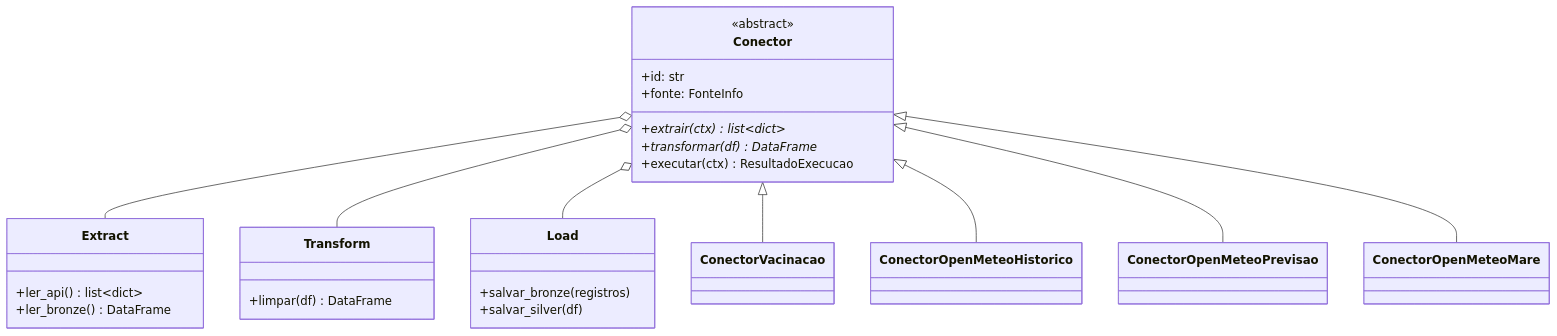
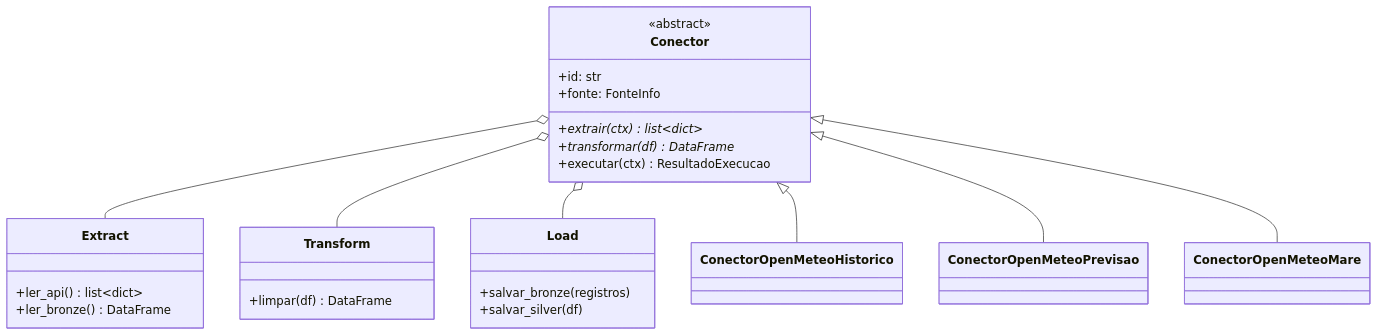
The third of 3 diagrams in docs/arquitetura.md (Rafaellc-DEV/ClimaSense), drawn with Mermaid before and after one commit. The commit also changed other lines of this file and 19 other files, not shown here.

````diff
--- a/docs/arquitetura.md
+++ b/docs/arquitetura.md
@@ -99,29 +98,28 @@
 ```mermaid
 classDiagram
   class Extract {
     +ler_api() list~dict~
     +ler_bronze() DataFrame
   }
   class Transform {
     +limpar(df) DataFrame
   }
   class Load {
     +salvar_bronze(registros)
     +salvar_silver(df)
   }
   class Conector {
     <<abstract>>
     +id: str
     +fonte: FonteInfo
     +extrair(ctx)* list~dict~
     +transformar(df)* DataFrame
     +executar(ctx) ResultadoExecucao
   }
   Conector o-- Extract
   Conector o-- Transform
   Conector o-- Load
-  Conector <|-- ConectorVacinacao
   Conector <|-- ConectorOpenMeteoHistorico
   Conector <|-- ConectorOpenMeteoPrevisao
   Conector <|-- ConectorOpenMeteoMare
 ```
````
